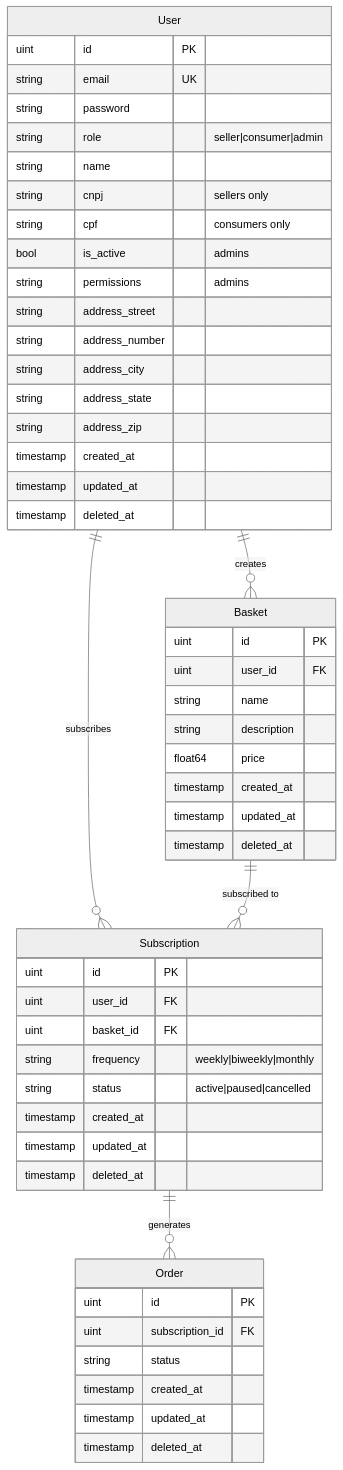
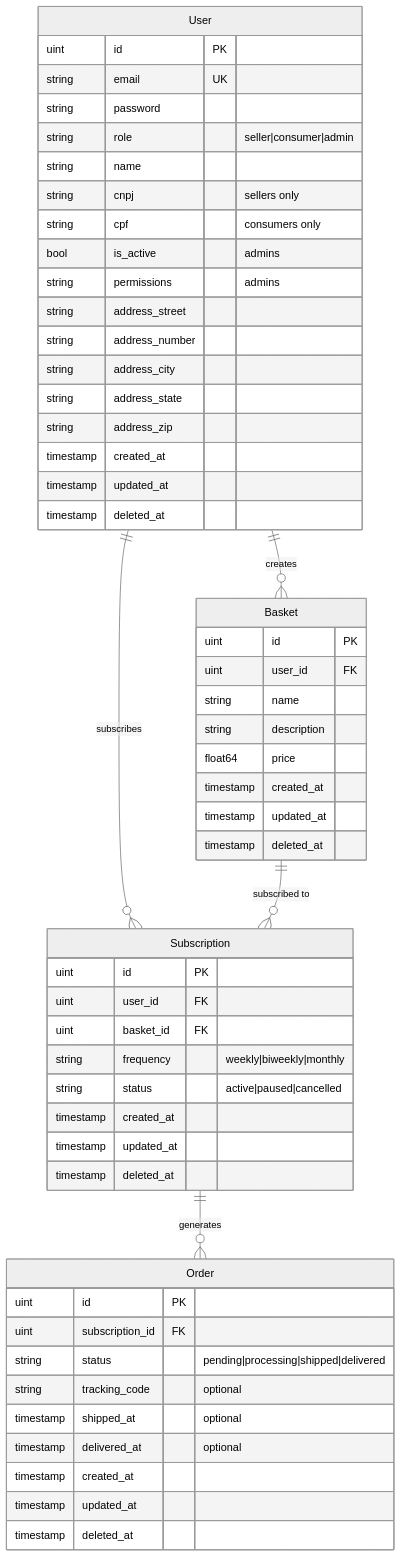
The third of 3 diagrams in README.md (alexandreffaria/hoby-loop), drawn with Mermaid (neutral theme) before and after one commit. The commit also changed other lines of this file and 3 other files, not shown here.

````diff
--- a/README.md
+++ b/README.md
@@ -198,58 +274,61 @@
 ```mermaid
 erDiagram
     User ||--o{ Basket : creates
     User ||--o{ Subscription : subscribes
     Basket ||--o{ Subscription : "subscribed to"
     Subscription ||--o{ Order : generates
     
     User {
         uint id PK
         string email UK
         string password
         string role "seller|consumer|admin"
         string name
         string cnpj "sellers only"
         string cpf "consumers only"
         bool is_active "admins"
         string permissions "admins"
         string address_street
         string address_number
         string address_city
         string address_state
         string address_zip
         timestamp created_at
         timestamp updated_at
         timestamp deleted_at
     }
     
     Basket {
         uint id PK
         uint user_id FK
         string name
         string description
         float64 price
         timestamp created_at
         timestamp updated_at
         timestamp deleted_at
     }
     
     Subscription {
         uint id PK
         uint user_id FK
         uint basket_id FK
         string frequency "weekly|biweekly|monthly"
         string status "active|paused|cancelled"
         timestamp created_at
         timestamp updated_at
         timestamp deleted_at
     }
     
     Order {
         uint id PK
         uint subscription_id FK
-        string status
+        string status "pending|processing|shipped|delivered"
+        string tracking_code "optional"
+        timestamp shipped_at "optional"
+        timestamp delivered_at "optional"
         timestamp created_at
         timestamp updated_at
         timestamp deleted_at
     }
 ```
````
